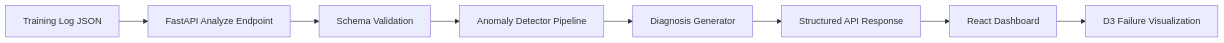
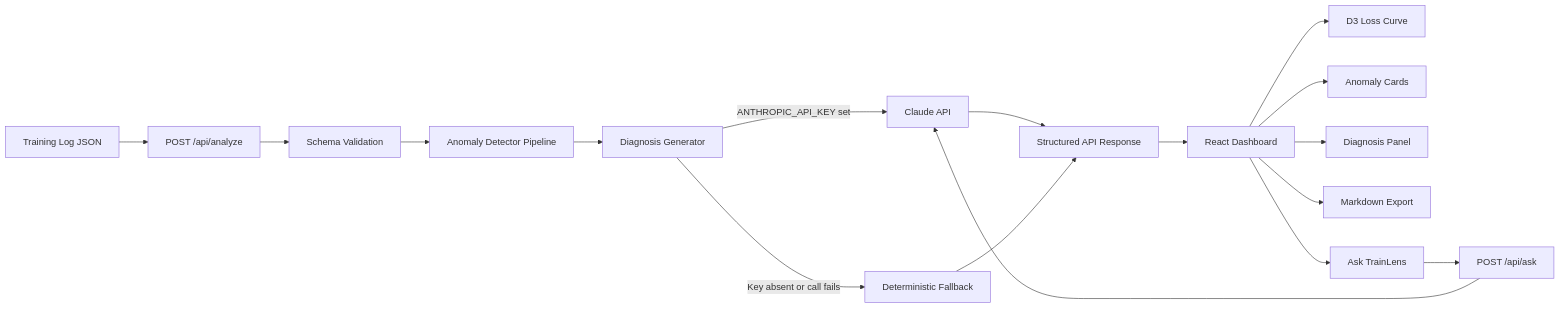
One commit to agarwalpragya/trainlens-ai changed the first of 3 diagrams in docs/ARCHITECTURE.md. Above: the diagram before and after it, drawn with Mermaid. The commit also changed other lines of this file and 17 other files, not shown here.

Commit message:
Fix layout, add JSON upload, GPU and memory charts - all verified

````diff
--- a/docs/ARCHITECTURE.md
+++ b/docs/ARCHITECTURE.md
@@ -17,10 +18,19 @@
 ```mermaid
 flowchart LR
-    A[Training Log JSON] --> B[FastAPI Analyze Endpoint]
+    A[Training Log JSON] --> B[POST /api/analyze]
     B --> C[Schema Validation]
     C --> D[Anomaly Detector Pipeline]
     D --> E[Diagnosis Generator]
-    E --> F[Structured API Response]
-    F --> G[React Dashboard]
-    G --> H[D3 Failure Visualization]
+    E -->|ANTHROPIC_API_KEY set| F[Claude API]
+    E -->|Key absent or call fails| G[Deterministic Fallback]
+    F --> H[Structured API Response]
+    G --> H
+    H --> I[React Dashboard]
+    I --> J[D3 Loss Curve]
+    I --> K[Anomaly Cards]
+    I --> L[Diagnosis Panel]
+    I --> M[Markdown Export]
+    I --> N[Ask TrainLens]
+    N --> O[POST /api/ask]
+    O --> F
 ```
````
